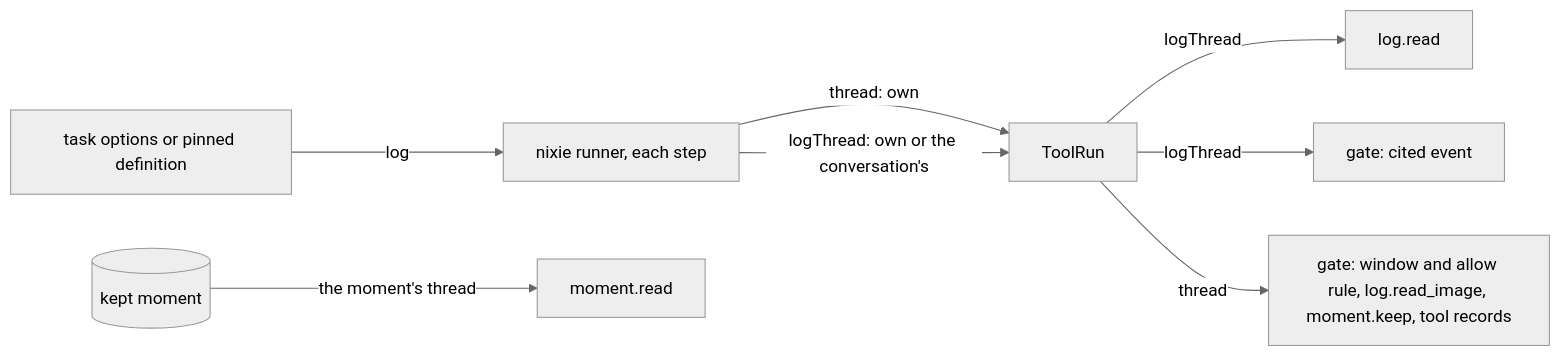
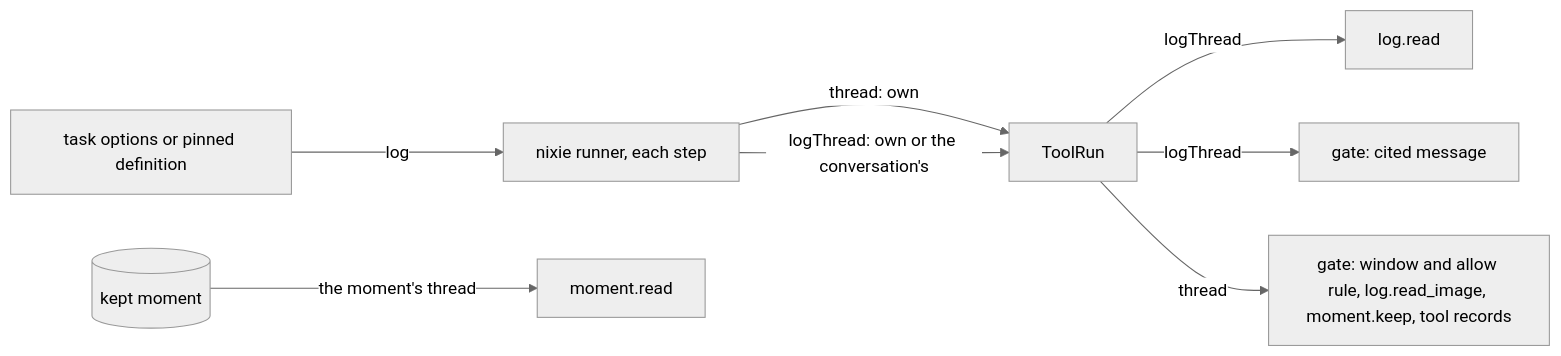
One commit to zgeoff/nixie changed the diagram in docs/design/queue/thread-reads.md. Above: the diagram before and after it, drawn with Mermaid (neutral theme). The commit also changed other lines of this file, not shown here.

Commit message:
docs: answer the review and cold read of the thread reads design

````diff
--- a/docs/design/queue/thread-reads.md
+++ b/docs/design/queue/thread-reads.md
@@ -19,10 +26,10 @@
 ```mermaid
 flowchart LR
   options[task options or pinned definition] -->|"log"| runner[nixie runner, each step]
   runner -->|"thread: own"| run[ToolRun]
   runner -->|"logThread: own or the conversation's"| run
   run -->|logThread| logread[log.read]
-  run -->|logThread| cited[gate: cited event]
+  run -->|logThread| cited[gate: cited message]
   run -->|thread| own["gate: window and allow rule, log.read_image, moment.keep, tool records"]
   moment[(kept moment)] -->|"the moment's thread"| momentread[moment.read]
 ```
````
